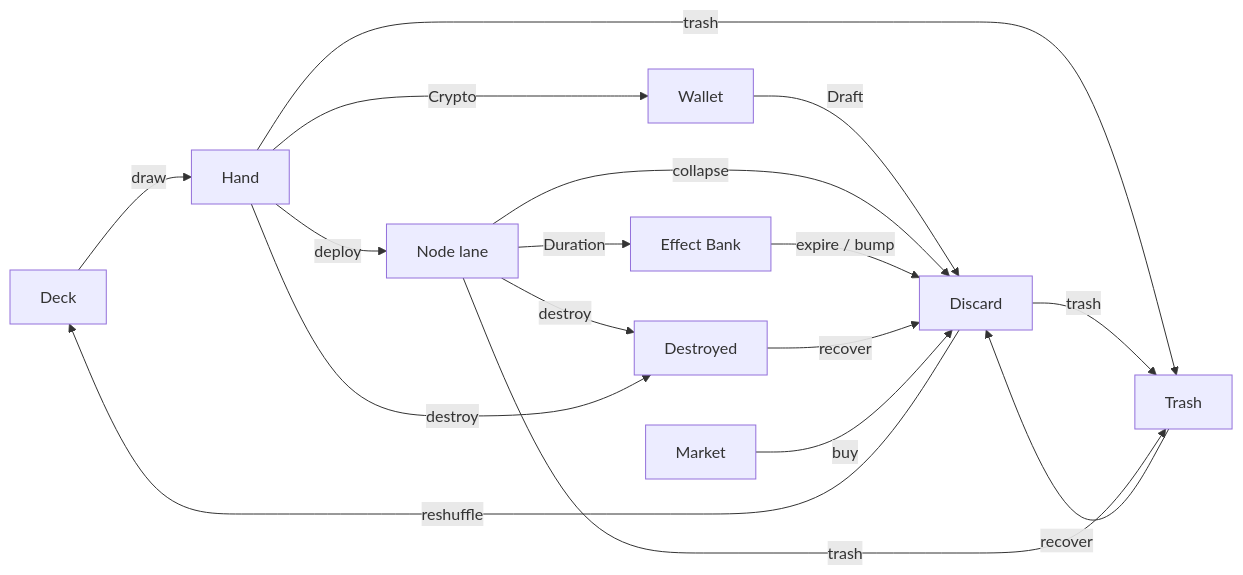
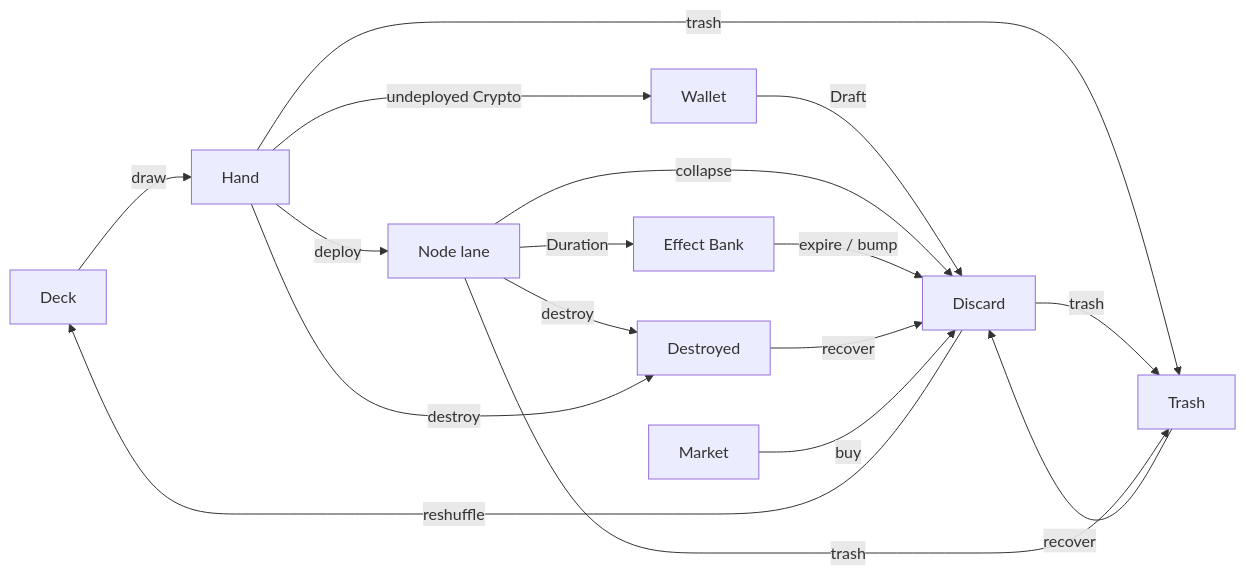
Before and after one commit to T-Minu5/0uroboros: the diagram in 0uroboros_v2/0urobos/Ontology/Zones/Zone.md, drawn with Mermaid. The commit also changed 99 other files, not shown here.

````diff
--- a/0uroboros_v2/0urobos/Ontology/Zones/Zone.md
+++ b/0uroboros_v2/0urobos/Ontology/Zones/Zone.md
@@ -13,15 +13,15 @@
 ```mermaid
 flowchart LR
   Deck -->|draw| Hand
   Hand -->|deploy| Lane[Node lane]
-  Hand -->|Crypto| Wallet
+  Hand -->|undeployed Crypto| Wallet
   Wallet -->|Draft| Discard
   Lane -->|collapse| Discard
   Lane -->|Duration| Bank[Effect Bank]
   Bank -->|expire / bump| Discard
   Discard -->|reshuffle| Deck
   Hand & Discard & Lane -->|trash| Trash
   Lane & Hand -->|destroy| Destroyed
   Trash & Destroyed -->|recover| Discard
   Market -->|buy| Discard
 ```
````
